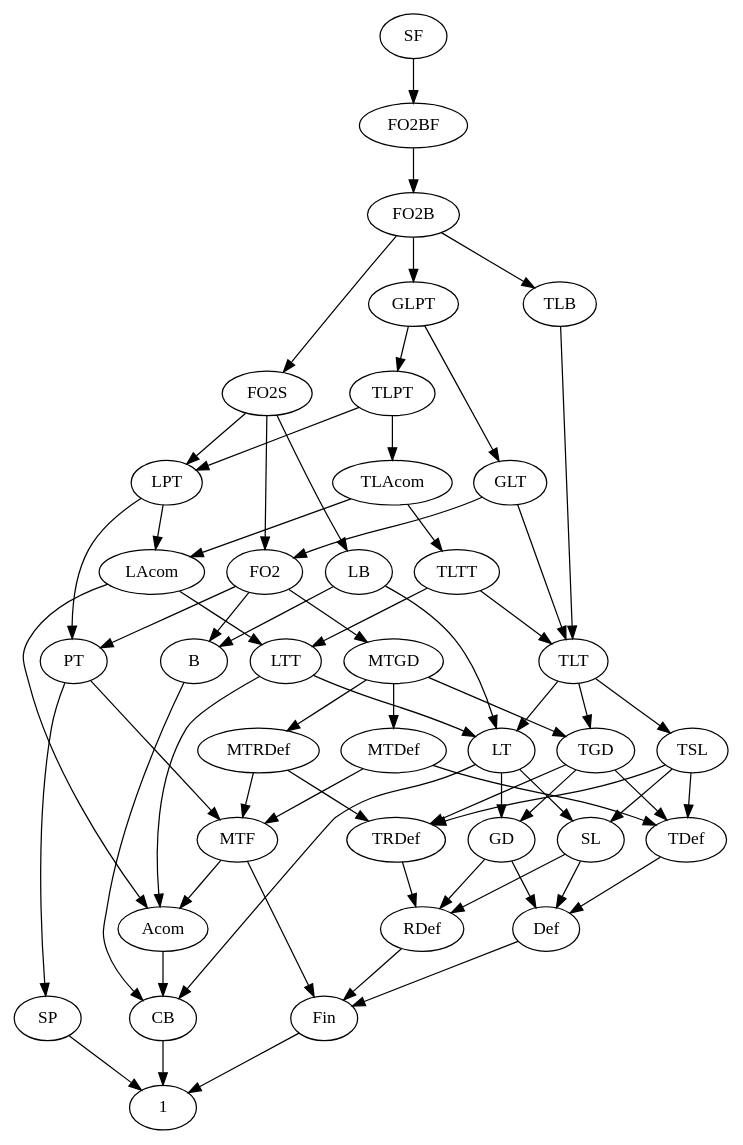
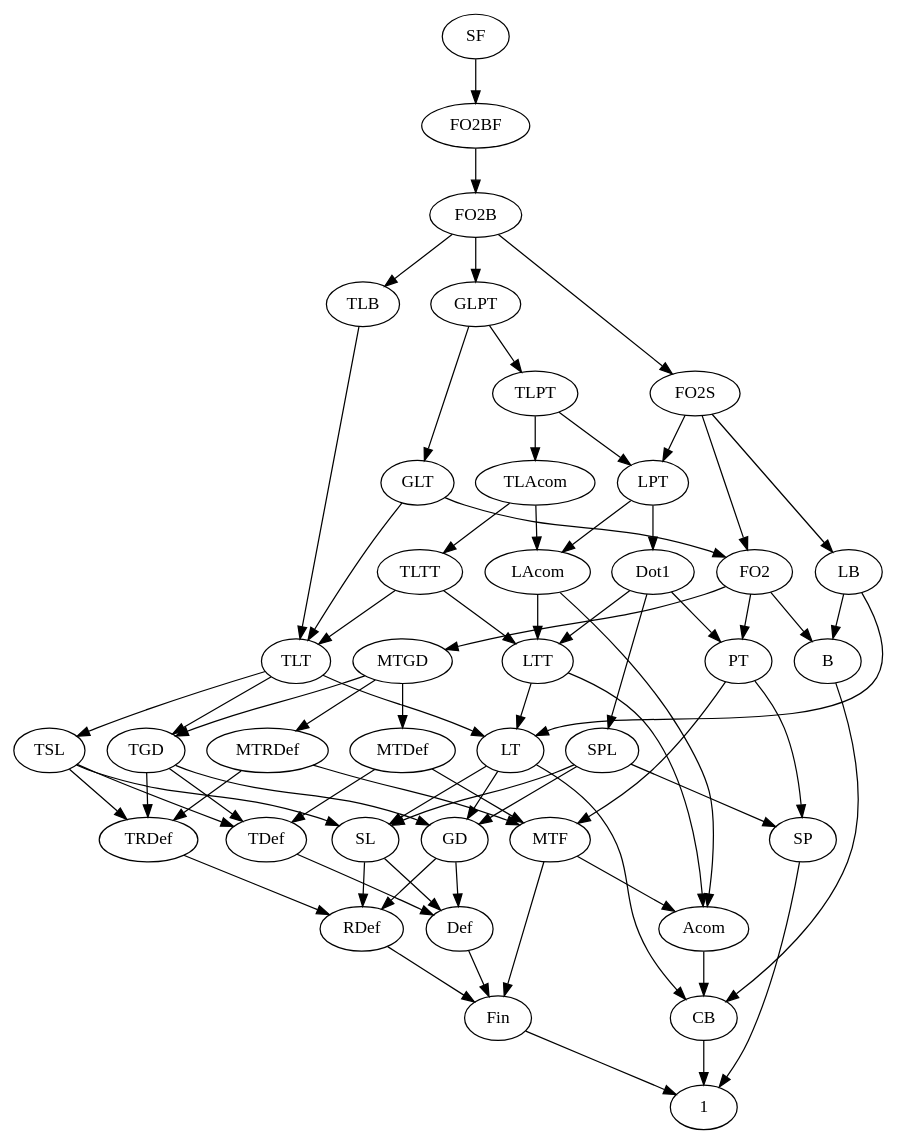
One commit to vvulpes0/Language-Toolkit-2 changed the diagram in hierarchy.dot. Above: the diagram before and after it, drawn with Graphviz. The commit also changed 21 other files, not shown here.

```diff
--- a/hierarchy.dot
+++ b/hierarchy.dot
@@ -1,69 +1,75 @@
 digraph subreg {
 SF -> FO2BF;
 FO2BF -> FO2B;
 FO2B -> FO2S;
 FO2S -> FO2;
 FO2 -> PT;
 FO2 -> B;
 B -> CB;
 PT -> SP;
 LAcom -> Acom;
 LAcom -> LTT;
 LTT -> LT;
 LT -> SL;
 TLAcom -> TLTT;
 TLAcom -> LAcom;
 TLTT -> LTT;
 TLTT -> TLT;
 TLT -> LT;
 TLT -> TSL;
 TSL -> SL;
 FO2B -> GLPT;
 FO2B -> TLB;
 TLB -> TLT;
 GLPT -> GLT;
 GLT -> TLT;
 GLT -> FO2;
 FO2S -> LPT;
 FO2S -> LB;
 LB -> LT;
 LB -> B;
 LPT -> LAcom;
-LPT -> PT;
+LPT -> Dot1;
 GLPT -> TLPT;
 TLPT -> TLAcom;
 TLPT -> LPT;
 TLT -> TGD;
 FO2 -> MTGD;
 LT -> GD;
 MTGD -> TGD;
 MTGD -> MTDef;
 MTGD -> MTRDef;
 MTDef -> MTF;
 MTDef -> TDef;
 MTRDef -> MTF;
 MTRDef -> TRDef;
 TGD -> GD;
 PT -> MTF;
 MTF -> Acom;
 LTT -> Acom;
 Acom -> CB;
 MTF -> Fin;
 LT -> CB;
 CB -> 1;
 Fin -> 1;
 SP -> 1;
 
 TGD -> TDef;
 TGD -> TRDef;
 GD -> Def;
 GD -> RDef;
 SL -> Def;
 SL -> RDef;
 Def -> Fin;
 RDef -> Fin;
 TSL -> TDef;
 TSL -> TRDef;
 TDef -> Def;
 TRDef -> RDef;
+Dot1 -> LTT;
+Dot1 -> PT;
+Dot1 -> SPL;
+SPL -> SP;
+SPL -> SL;
+SPL -> GD;
 }
```
